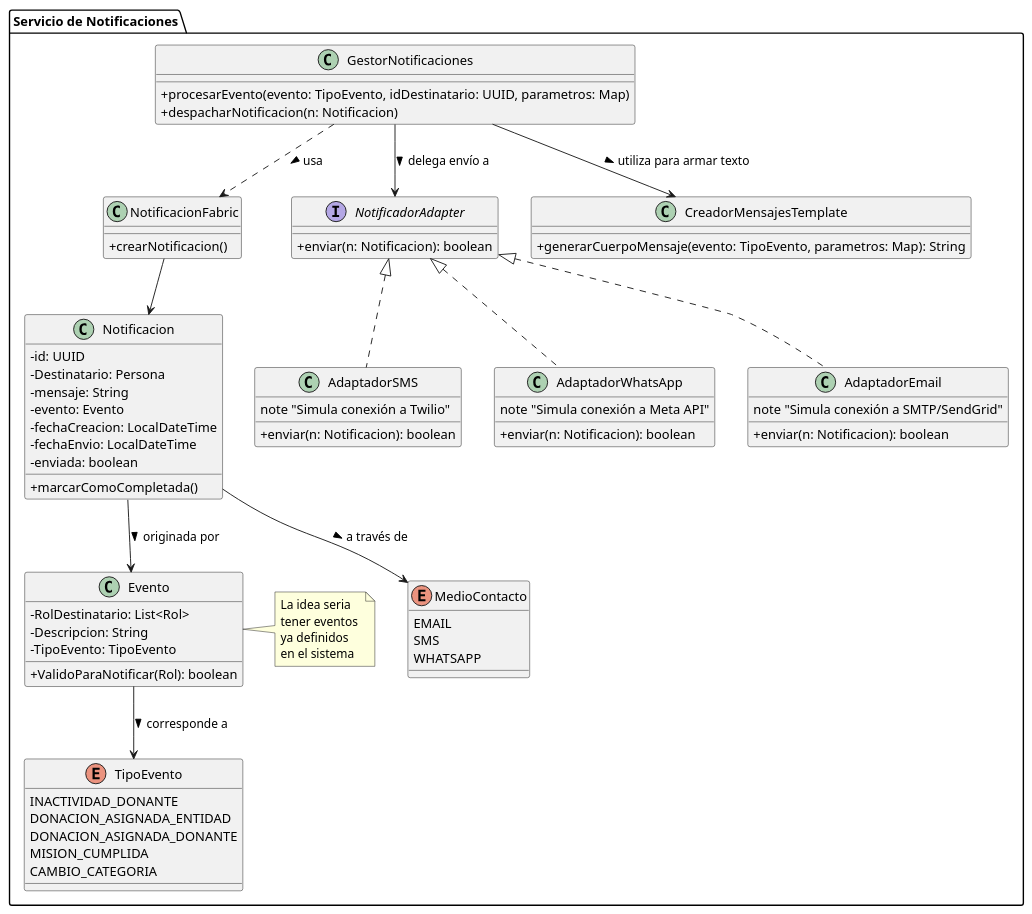
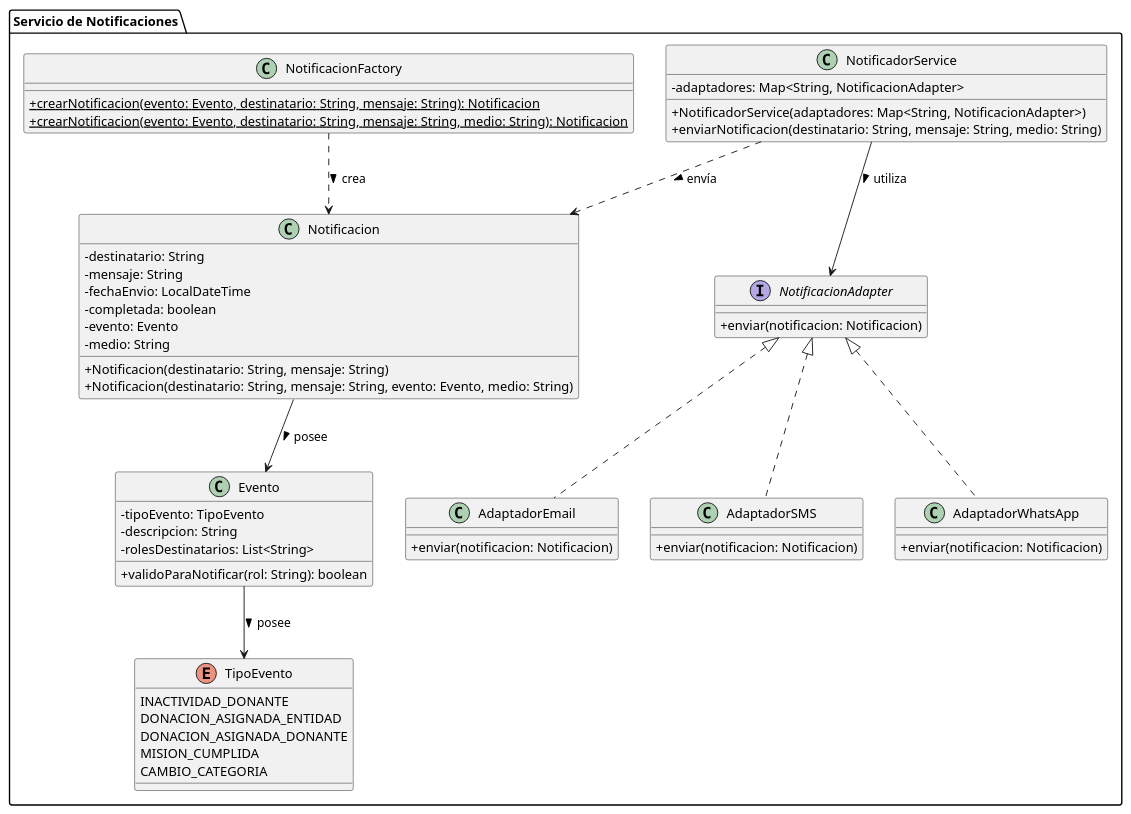
One commit to matefernandezcc/DonaTrack changed the diagram in diagramas/notificaciones/ServicioNotificaciones.puml. Above: the diagram before and after it, drawn with PlantUML. The commit also changed 24 other files, not shown here.

Commit message:
refactor: post-merge updates for Hexagonal, Prototype, and State patterns, audit endpoint, and UML diagrams

```diff
--- a/diagramas/notificaciones/ServicioNotificaciones.puml
+++ b/diagramas/notificaciones/ServicioNotificaciones.puml
@@ -1,91 +1,68 @@
 @startuml ServicioNotificaciones.puml
 skinparam classAttributeIconSize 0
 
 package "Servicio de Notificaciones" {
 
-    enum MedioContacto {
-        EMAIL
-        SMS
-        WHATSAPP
-    }
-
-    class GestorNotificaciones {
-        + procesarEvento(evento: TipoEvento, idDestinatario: UUID, parametros: Map)
-        + despacharNotificacion(n: Notificacion)
+    class NotificadorService {
+        - adaptadores: Map<String, NotificacionAdapter>
+        + NotificadorService(adaptadores: Map<String, NotificacionAdapter>)
+        + enviarNotificacion(destinatario: String, mensaje: String, medio: String)
     }
 
     enum TipoEvento {
         INACTIVIDAD_DONANTE
         DONACION_ASIGNADA_ENTIDAD
         DONACION_ASIGNADA_DONANTE
         MISION_CUMPLIDA
         CAMBIO_CATEGORIA
     }
 
-    class Evento{
-        - RolDestinatario: List<Rol>
-        - Descripcion: String
-        - TipoEvento: TipoEvento
-        + ValidoParaNotificar(Rol): boolean
+    class Evento {
+        - tipoEvento: TipoEvento
+        - descripcion: String
+        - rolesDestinatarios: List<String>
+        + validoParaNotificar(rol: String): boolean
     }
 
-    note left of Evento
-    La idea seria
-    tener eventos 
-    ya definidos 
-    en el sistema
-    endnote
-
-    class NotificacionFabric{
-        + crearNotificacion()
+    class NotificacionFactory {
+        + {static} crearNotificacion(evento: Evento, destinatario: String, mensaje: String): Notificacion
+        + {static} crearNotificacion(evento: Evento, destinatario: String, mensaje: String, medio: String): Notificacion
     }
 
     class Notificacion {
-        - id: UUID
-        - Destinatario: Persona
+        - destinatario: String
         - mensaje: String
+        - fechaEnvio: LocalDateTime
+        - completada: boolean
         - evento: Evento
-        - fechaCreacion: LocalDateTime
-        - fechaEnvio: LocalDateTime
-        - enviada: boolean
-        + marcarComoCompletada()
+        - medio: String
+        + Notificacion(destinatario: String, mensaje: String)
+        + Notificacion(destinatario: String, mensaje: String, evento: Evento, medio: String)
     }
 
-    interface NotificadorAdapter {
-        + enviar(n: Notificacion): boolean
+    interface NotificacionAdapter {
+        + enviar(notificacion: Notificacion)
     }
 
-    class AdaptadorEmail implements NotificadorAdapter {
-        + enviar(n: Notificacion): boolean
-        note "Simula conexión a SMTP/SendGrid"
+    class AdaptadorEmail implements NotificacionAdapter {
+        + enviar(notificacion: Notificacion)
     }
 
-    class AdaptadorSMS implements NotificadorAdapter {
-        + enviar(n: Notificacion): boolean
-        note "Simula conexión a Twilio"
+    class AdaptadorSMS implements NotificacionAdapter {
+        + enviar(notificacion: Notificacion)
     }
 
-    class AdaptadorWhatsApp implements NotificadorAdapter {
-        + enviar(n: Notificacion): boolean
-        note "Simula conexión a Meta API"
-    }
-
-    class CreadorMensajesTemplate {
-        + generarCuerpoMensaje(evento: TipoEvento, parametros: Map): String
+    class AdaptadorWhatsApp implements NotificacionAdapter {
+        + enviar(notificacion: Notificacion)
     }
 
     ' Relaciones
-    
-    GestorNotificaciones --> NotificadorAdapter : delega envío a >
-    GestorNotificaciones --> CreadorMensajesTemplate : utiliza para armar texto >
-    GestorNotificaciones ..> NotificacionFabric : usa >
+    NotificadorService --> NotificacionAdapter : utiliza >
+    NotificadorService ..> Notificacion : envía >
 
-    NotificacionFabric --> Notificacion
+    NotificacionFactory ..> Notificacion : crea >
 
-    Notificacion --> MedioContacto : a través de >
-    Notificacion --> Evento : originada por >
-
-    Evento --> TipoEvento : corresponde a >
-
+    Notificacion --> Evento : posee >
+    Evento --> TipoEvento : posee >
 }
 @enduml
```
